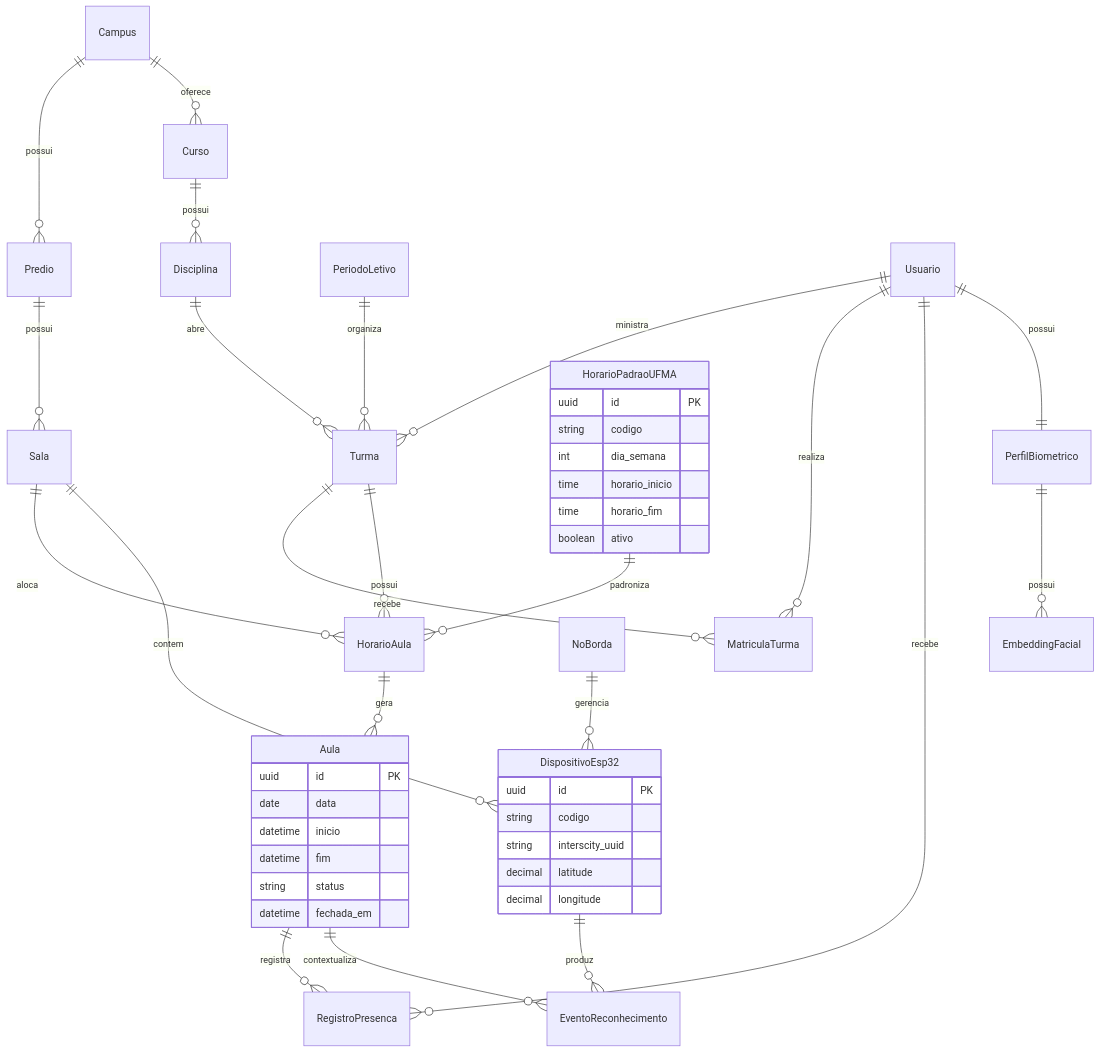
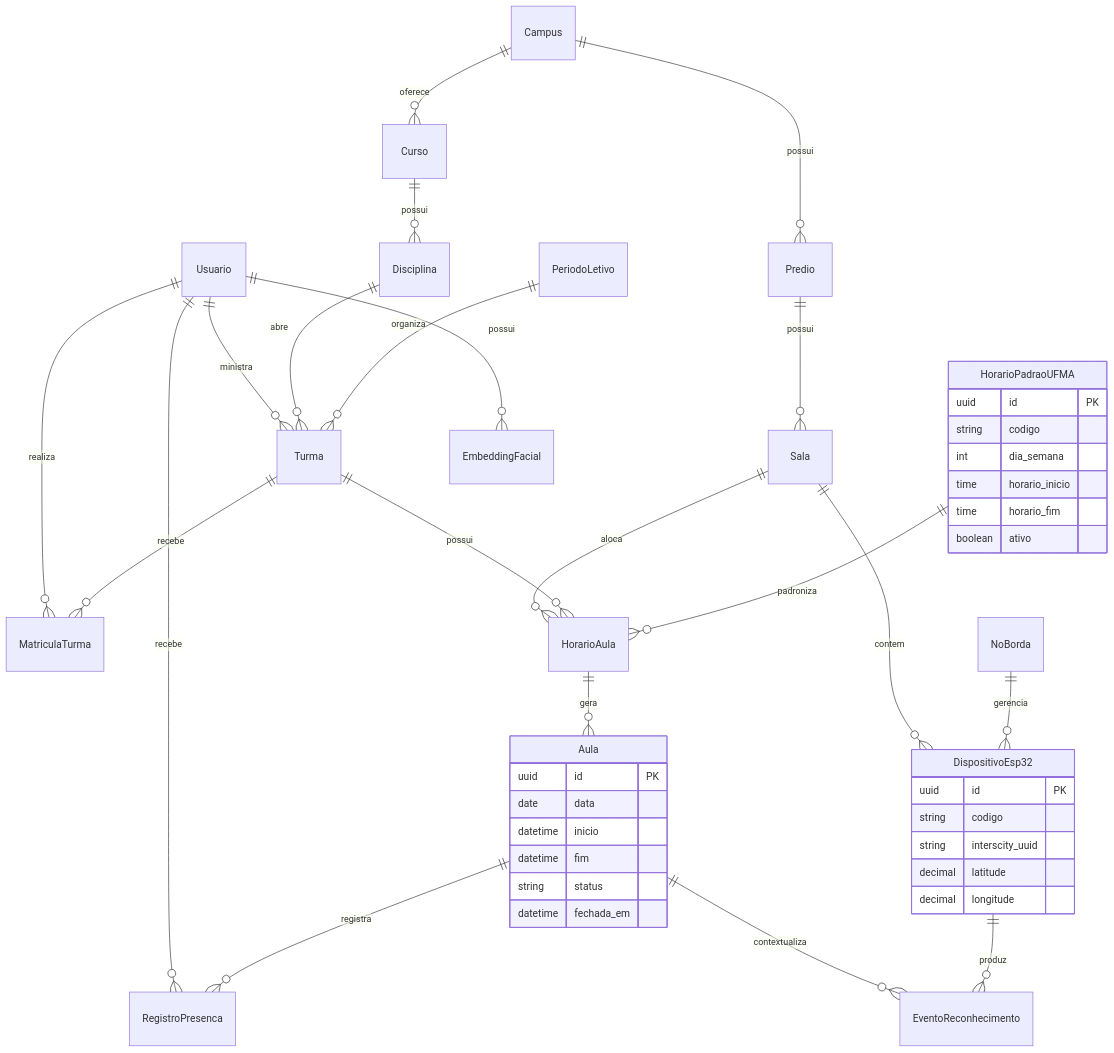
Before and after one commit to DanielKGM/autoponto: the second of 10 diagrams in autoponto-backend/docs/diagramas-tcc.md, drawn with Mermaid. The commit also changed other lines of this file and 14 other files, not shown here.

````diff
--- a/autoponto-backend/docs/diagramas-tcc.md
+++ b/autoponto-backend/docs/diagramas-tcc.md
@@ -24,50 +24,49 @@
 ```mermaid
 erDiagram
     Campus ||--o{ Predio : possui
     Predio ||--o{ Sala : possui
     Campus ||--o{ Curso : oferece
     Curso ||--o{ Disciplina : possui
     PeriodoLetivo ||--o{ Turma : organiza
     Disciplina ||--o{ Turma : abre
     Usuario ||--o{ Turma : ministra
     Turma ||--o{ MatriculaTurma : recebe
     Usuario ||--o{ MatriculaTurma : realiza
     HorarioPadraoUFMA ||--o{ HorarioAula : padroniza
     Turma ||--o{ HorarioAula : possui
     Sala ||--o{ HorarioAula : aloca
     HorarioAula ||--o{ Aula : gera
     Aula ||--o{ RegistroPresenca : registra
     Usuario ||--o{ RegistroPresenca : recebe
     NoBorda ||--o{ DispositivoEsp32 : gerencia
     Sala ||--o{ DispositivoEsp32 : contem
     DispositivoEsp32 ||--o{ EventoReconhecimento : produz
     Aula ||--o{ EventoReconhecimento : contextualiza
-    Usuario ||--|| PerfilBiometrico : possui
-    PerfilBiometrico ||--o{ EmbeddingFacial : possui
+    Usuario ||--o{ EmbeddingFacial : possui
 
     HorarioPadraoUFMA {
         uuid id PK
         string codigo
         int dia_semana
         time horario_inicio
         time horario_fim
         boolean ativo
     }
 
     Aula {
         uuid id PK
         date data
         datetime inicio
         datetime fim
         string status
         datetime fechada_em
     }
 
     DispositivoEsp32 {
         uuid id PK
         string codigo
         string interscity_uuid
         decimal latitude
         decimal longitude
     }
 ```
````
